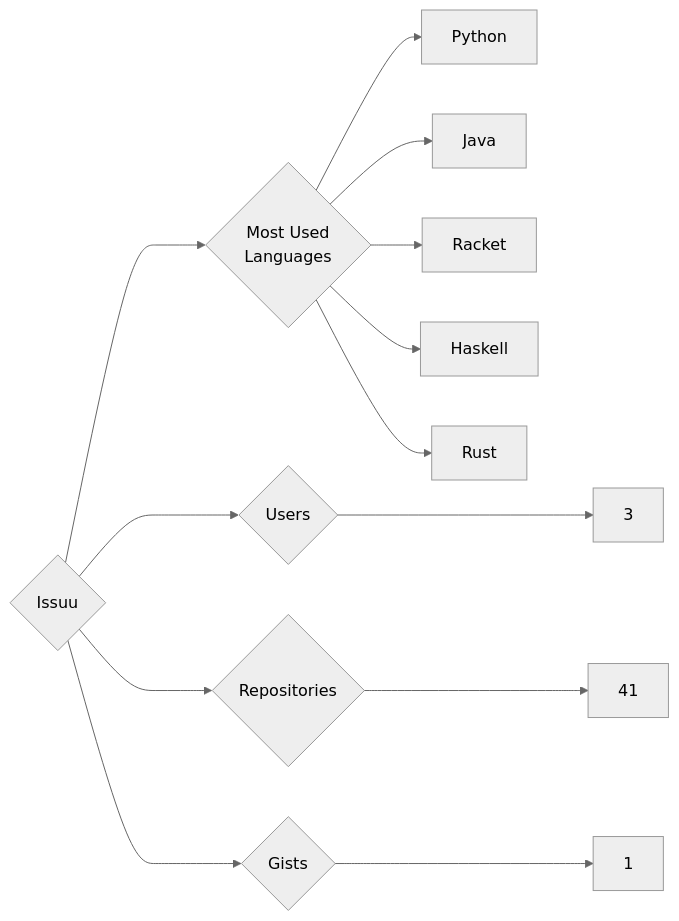
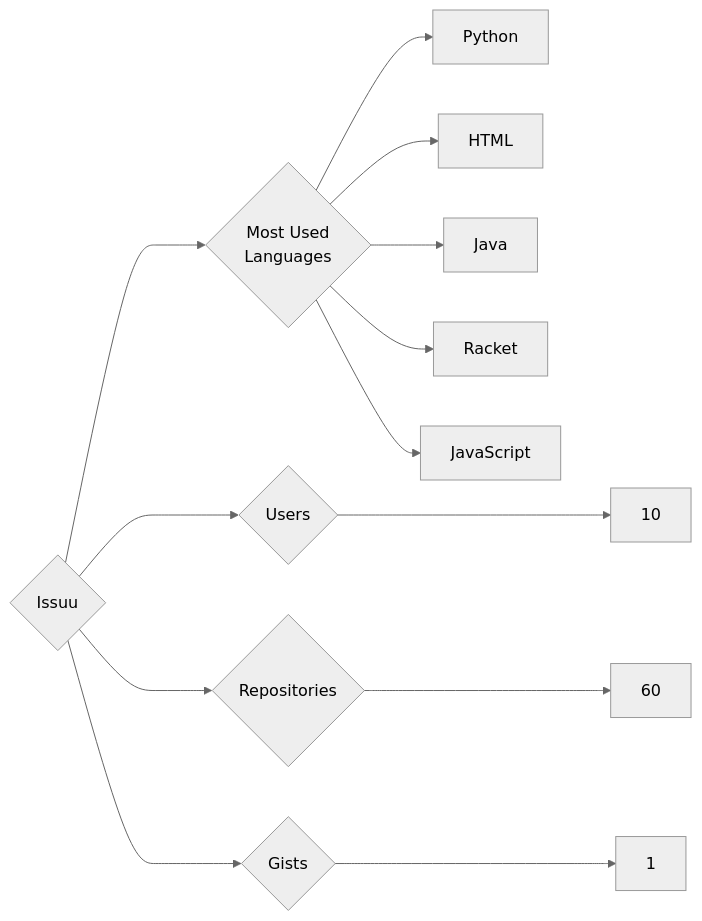
Before and after one commit to trickest/insiders: the diagram in targets/Issuu/README.md, drawn with Mermaid (neutral theme). The commit also changed 1314 other files, not shown here.

````diff
--- a/targets/Issuu/README.md
+++ b/targets/Issuu/README.md
@@ -3,13 +3,13 @@
 ```mermaid
 graph LR
 COMPANY_NAME{Issuu}
-COMPANY_NAME ---> U{Users} ---> UN[3]
-COMPANY_NAME ---> R{Repositories} ---> RN[41]
+COMPANY_NAME ---> U{Users} ---> UN[10]
+COMPANY_NAME ---> R{Repositories} ---> RN[60]
 COMPANY_NAME ---> G{Gists} ---> GN[1]
 COMPANY_NAME ---> ML{Most Used<br>Languages}
 ML --> Python[Python]
+ML --> HTML[HTML]
 ML --> Java[Java]
 ML --> Racket[Racket]
-ML --> Haskell[Haskell]
-ML --> Rust[Rust]
+ML --> JavaScript[JavaScript]
 ```
````
